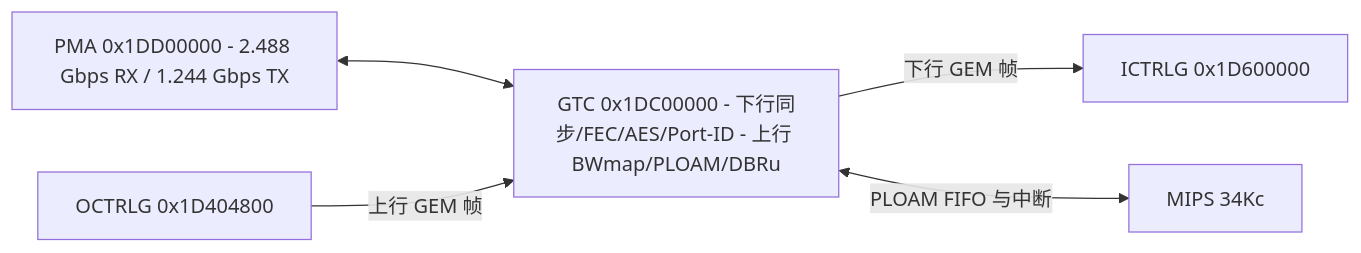
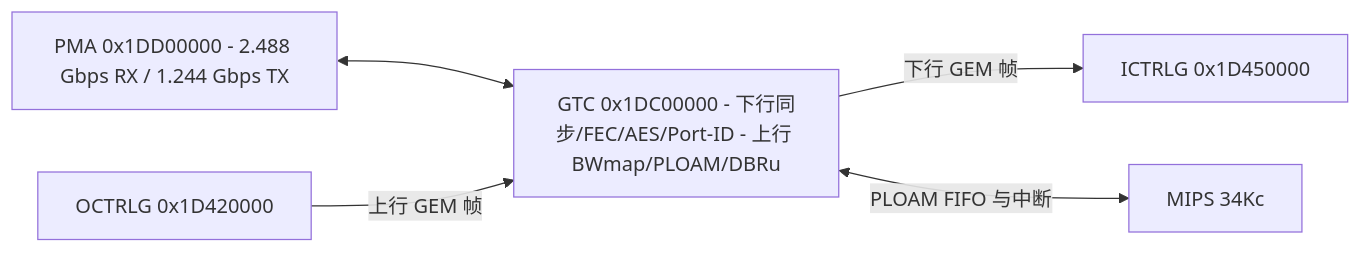
One commit to difanz/lantiq-falcon-s-docs changed the diagram in 06_functional_blocks/01_gtc_mac.md. Above: the diagram before and after it, drawn with Mermaid. The commit also changed other lines of this file and 52 other files, not shown here.

````diff
--- a/06_functional_blocks/01_gtc_mac.md
+++ b/06_functional_blocks/01_gtc_mac.md
@@ -14,7 +14,7 @@
 ```mermaid
 flowchart LR
     PMA["PMA 0x1DD00000 - 2.488 Gbps RX / 1.244 Gbps TX"] <--> GTC["GTC 0x1DC00000 - 下行同步/FEC/AES/Port-ID - 上行 BWmap/PLOAM/DBRu"]
-    GTC -->|下行 GEM 帧| ICTRLG["ICTRLG 0x1D600000"]
-    OCTRLG["OCTRLG 0x1D404800"] -->|上行 GEM 帧| GTC
+    GTC -->|下行 GEM 帧| ICTRLG["ICTRLG 0x1D450000"]
+    OCTRLG["OCTRLG 0x1D420000"] -->|上行 GEM 帧| GTC
     GTC <-->|PLOAM FIFO 与中断| CPU["MIPS 34Kc"]
 ```
````
